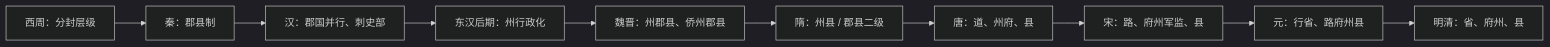
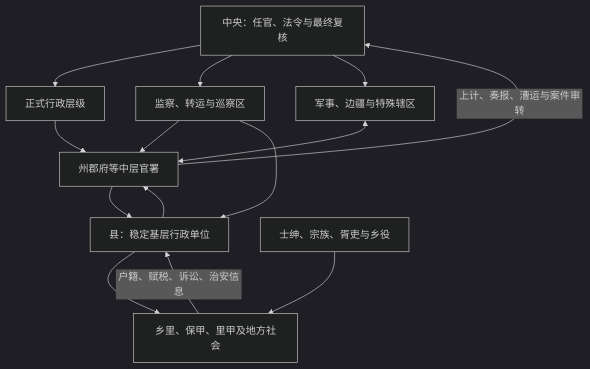
Before and after one commit to tianlan-dev/learning-notes: the diagram in 人文科学/历史/东亚/中国/_制度/地方行政区划/README.md, drawn with Mermaid (dark theme). The commit also changed other lines of this file and 1417 other files, not shown here.

````diff
--- a/人文科学/历史/东亚/中国/_制度/地方行政区划/README.md
+++ b/人文科学/历史/东亚/中国/_制度/地方行政区划/README.md
@@ -17,12 +27,16 @@
 ```mermaid
-flowchart LR
-    A["西周：分封层级"] --> B["秦：郡县制"]
-    B --> C["汉：郡国并行、刺史部"]
-    C --> D["东汉后期：州行政化"]
-    D --> E["魏晋：州郡县、侨州郡县"]
-    E --> F["隋：州县 / 郡县二级"]
-    F --> G["唐：道、州府、县"]
-    G --> H["宋：路、府州军监、县"]
-    H --> I["元：行省、路府州县"]
-    I --> J["明清：省、府州、县"]
+flowchart TD
+    C["中央：任官、法令与最终复核"] --> A["正式行政层级"]
+    C --> S["监察、转运与巡察区"]
+    C --> M["军事、边疆与特殊辖区"]
+    A --> P["州郡府等中层官署"]
+    P --> X["县：稳定基层行政单位"]
+    X --> G["乡里、保甲、里甲及地方社会"]
+    G -->|户籍、赋税、诉讼、治安信息| X
+    X --> P
+    P -->|上计、奏报、漕运与案件审转| C
+    S --> P
+    S --> X
+    M <--> P
+    E["士绅、宗族、胥吏与乡役"] --> G
 ```
````
